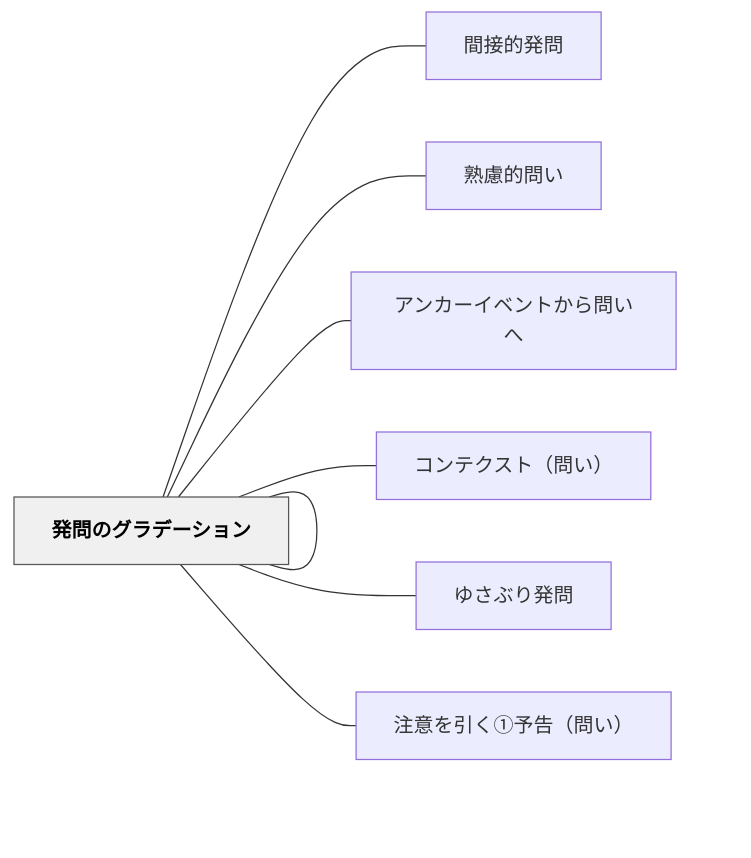
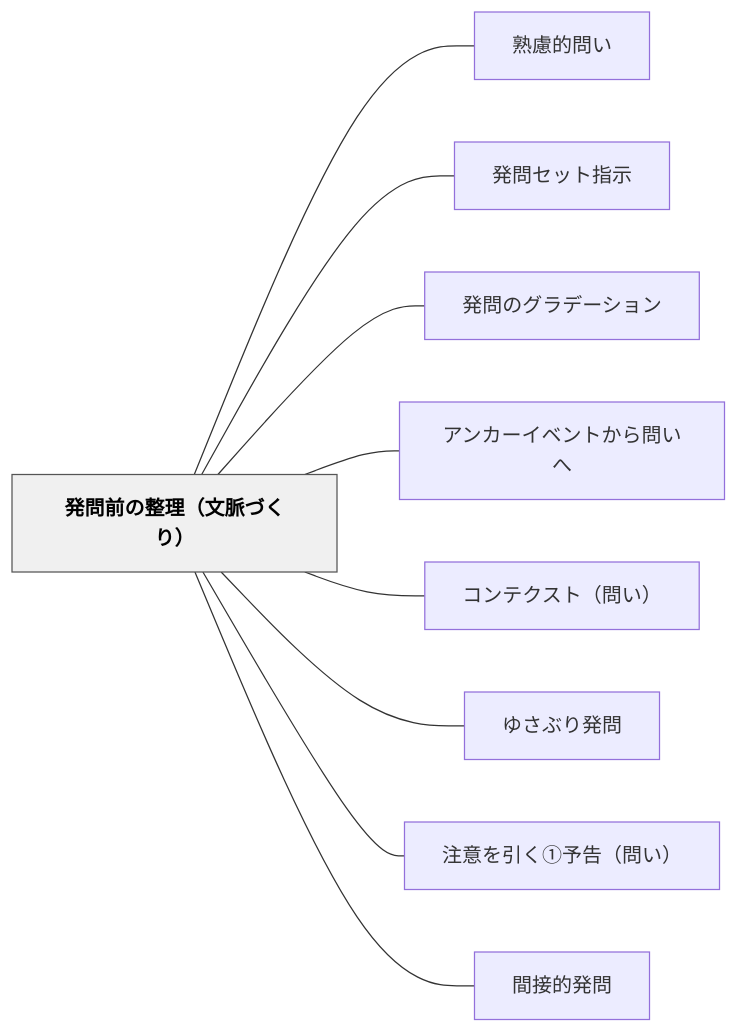
Before and after one commit to unknownthings-ed-patterns/unknownthings-ed-patterns: the diagram in content/パタン/発問前の整理（文脈づくり）.md, drawn with Mermaid. The commit also changed other lines of this file and 527 other files, not shown here.

````diff
--- a/content/パタン/発問前の整理（文脈づくり）.md
+++ b/content/パタン/発問前の整理（文脈づくり）.md
@@ -78,24 +78,24 @@
 ```mermaid
 flowchart LR
-    ne799bae5958f["発問前の整理（文脈づくり）"]
-    ne99693e68ea5["間接的発問"]
-    ne7869fe685ae["熟慮的問い"]
-    ne799bae5958f["発問セット指示"]
-    ne799bae5958f["発問のグラデーション"]
-    ne382a2e383b3["アンカーイベントから問いへ"]
-    ne382b3e383b3["コンテクスト（問い）"]
-    ne38286e38195["ゆさぶり発問"]
-    ne6b3a8e6848f["注意を引く①予告（問い）"]
+    ne799bae5958fe5898de381aee695b4e79086efbc88e69687e88488e381a5e3818fe3828aefbc89["発問前の整理（文脈づくり）"]
+    ne7869fe685aee79a84e5958fe38184["熟慮的問い"]
+    ne799bae5958fe382bbe38383e38388e68c87e7a4ba["発問セット指示"]
+    ne799bae5958fe381aee382b0e383a9e38387e383bce382b7e383a7e383b3["発問のグラデーション"]
+    ne382a2e383b3e382abe383bce382a4e38399e383b3e38388e3818be38289e5958fe38184e381b8["アンカーイベントから問いへ"]
+    ne382b3e383b3e38386e382afe382b9e38388efbc88e5958fe38184efbc89["コンテクスト（問い）"]
+    ne38286e38195e381b6e3828ae799bae5958f["ゆさぶり発問"]
+    ne6b3a8e6848fe38292e5bc95e3818fe291a0e4ba88e5918aefbc88e5958fe38184efbc89["注意を引く①予告（問い）"]
+    ne99693e68ea5e79a84e799bae5958f["間接的発問"]
 
-    ne799bae5958f --- ne99693e68ea5
-    ne799bae5958f --- ne7869fe685ae
-    ne799bae5958f --- ne799bae5958f
-    ne799bae5958f --- ne799bae5958f
-    ne799bae5958f --- ne382a2e383b3
-    ne799bae5958f --- ne382b3e383b3
-    ne799bae5958f --- ne38286e38195
-    ne799bae5958f --- ne6b3a8e6848f
+    ne799bae5958fe5898de381aee695b4e79086efbc88e69687e88488e381a5e3818fe3828aefbc89 --- ne7869fe685aee79a84e5958fe38184
+    ne799bae5958fe5898de381aee695b4e79086efbc88e69687e88488e381a5e3818fe3828aefbc89 --- ne799bae5958fe382bbe38383e38388e68c87e7a4ba
+    ne799bae5958fe5898de381aee695b4e79086efbc88e69687e88488e381a5e3818fe3828aefbc89 --- ne799bae5958fe381aee382b0e383a9e38387e383bce382b7e383a7e383b3
+    ne799bae5958fe5898de381aee695b4e79086efbc88e69687e88488e381a5e3818fe3828aefbc89 --- ne382a2e383b3e382abe383bce382a4e38399e383b3e38388e3818be38289e5958fe38184e381b8
+    ne799bae5958fe5898de381aee695b4e79086efbc88e69687e88488e381a5e3818fe3828aefbc89 --- ne382b3e383b3e38386e382afe382b9e38388efbc88e5958fe38184efbc89
+    ne799bae5958fe5898de381aee695b4e79086efbc88e69687e88488e381a5e3818fe3828aefbc89 --- ne38286e38195e381b6e3828ae799bae5958f
+    ne799bae5958fe5898de381aee695b4e79086efbc88e69687e88488e381a5e3818fe3828aefbc89 --- ne6b3a8e6848fe38292e5bc95e3818fe291a0e4ba88e5918aefbc88e5958fe38184efbc89
+    ne799bae5958fe5898de381aee695b4e79086efbc88e69687e88488e381a5e3818fe3828aefbc89 --- ne99693e68ea5e79a84e799bae5958f
 
     classDef hub fill:#f0f0f0,stroke:#555,color:#000,font-weight:bold
-    class ne799bae5958f hub
+    class ne799bae5958fe5898de381aee695b4e79086efbc88e69687e88488e381a5e3818fe3828aefbc89 hub
 ```
````
